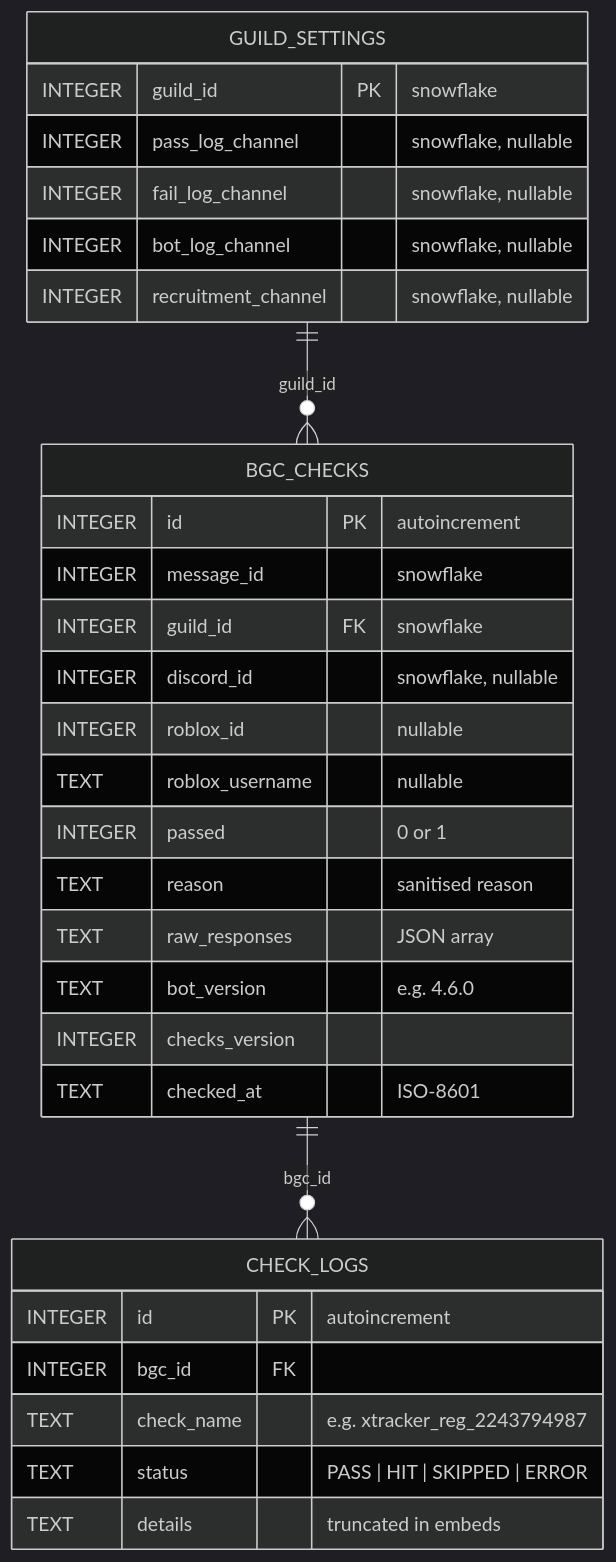
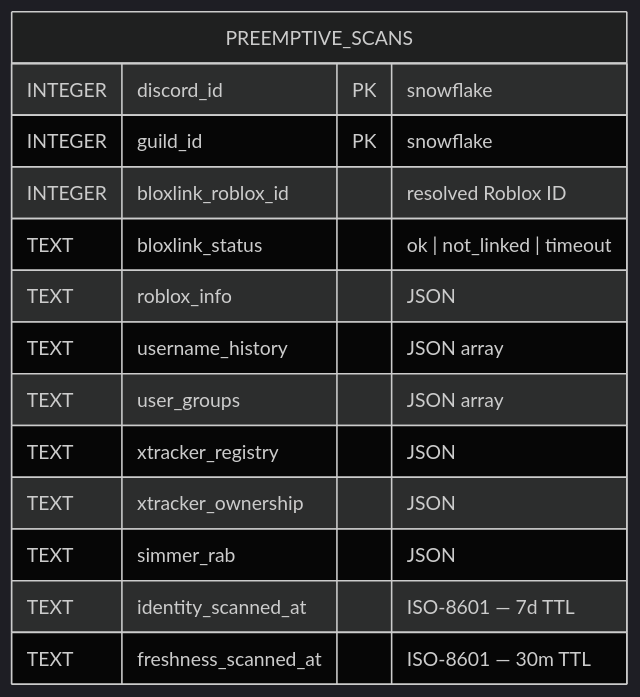
Before and after one commit to pizzarobloxh/bgc-bot: the fourth of 16 diagrams in README.md, drawn with Mermaid (dark theme). The commit also changed other lines of this file, not shown here.

````diff
--- a/README.md
+++ b/README.md
@@ -292,36 +338,17 @@
 ```mermaid
 erDiagram
-    GUILD_SETTINGS {
-        INTEGER guild_id           PK "snowflake"
-        INTEGER pass_log_channel      "snowflake, nullable"
-        INTEGER fail_log_channel      "snowflake, nullable"
-        INTEGER bot_log_channel       "snowflake, nullable"
-        INTEGER recruitment_channel   "snowflake, nullable"
+    PREEMPTIVE_SCANS {
+        INTEGER discord_id           PK "snowflake"
+        INTEGER guild_id             PK "snowflake"
+        INTEGER bloxlink_roblox_id      "resolved Roblox ID"
+        TEXT    bloxlink_status         "ok | not_linked | timeout"
+        TEXT    roblox_info             "JSON"
+        TEXT    username_history        "JSON array"
+        TEXT    user_groups             "JSON array"
+        TEXT    xtracker_registry       "JSON"
+        TEXT    xtracker_ownership      "JSON"
+        TEXT    simmer_rab              "JSON"
+        TEXT    identity_scanned_at     "ISO-8601 — 7d TTL"
+        TEXT    freshness_scanned_at    "ISO-8601 — 30m TTL"
     }
-
-    BGC_CHECKS {
-        INTEGER id                 PK "autoincrement"
-        INTEGER message_id            "snowflake"
-        INTEGER guild_id           FK "snowflake"
-        INTEGER discord_id            "snowflake, nullable"
-        INTEGER roblox_id             "nullable"
-        TEXT    roblox_username       "nullable"
-        INTEGER passed                "0 or 1"
-        TEXT    reason                "sanitised reason"
-        TEXT    raw_responses         "JSON array"
-        TEXT    bot_version           "e.g. 4.6.0"
-        INTEGER checks_version
-        TEXT    checked_at            "ISO-8601"
-    }
-
-    CHECK_LOGS {
-        INTEGER id                 PK "autoincrement"
-        INTEGER bgc_id             FK
-        TEXT    check_name            "e.g. xtracker_reg_2243794987"
-        TEXT    status                "PASS | HIT | SKIPPED | ERROR"
-        TEXT    details               "truncated in embeds"
-    }
-
-    GUILD_SETTINGS ||--o{ BGC_CHECKS : "guild_id"
-    BGC_CHECKS     ||--o{ CHECK_LOGS : "bgc_id"
 ```
````
